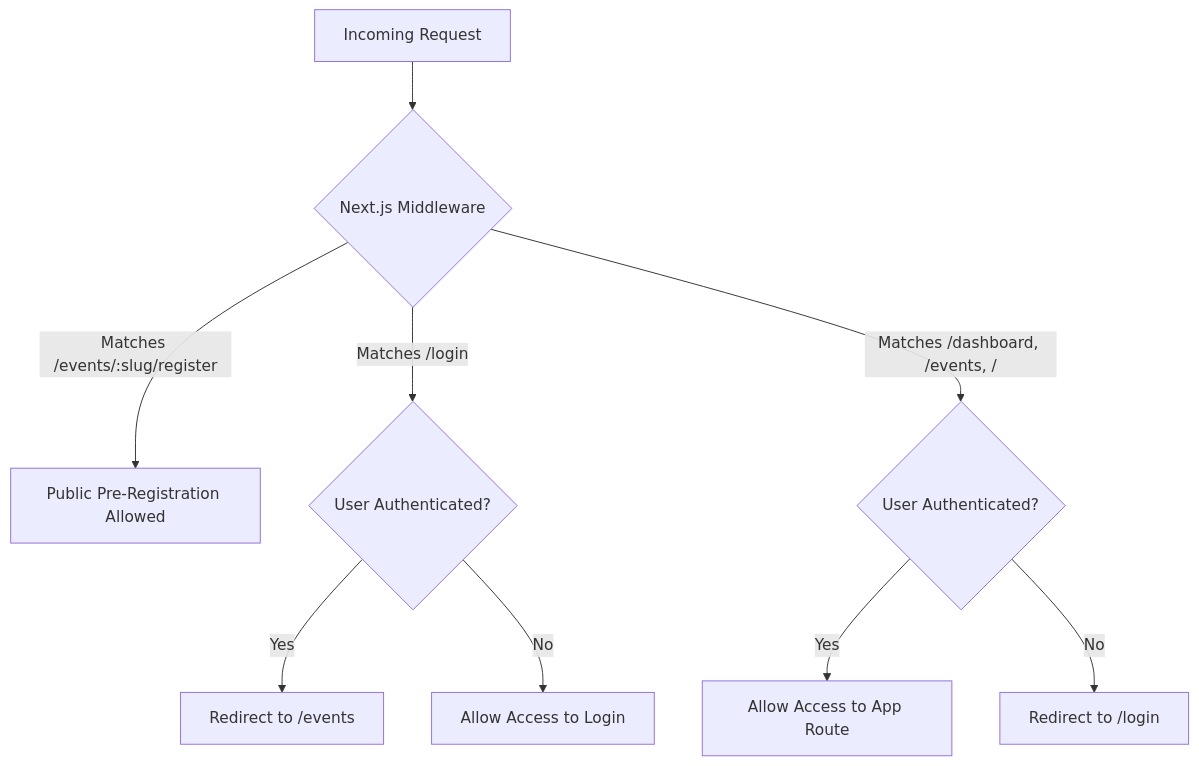
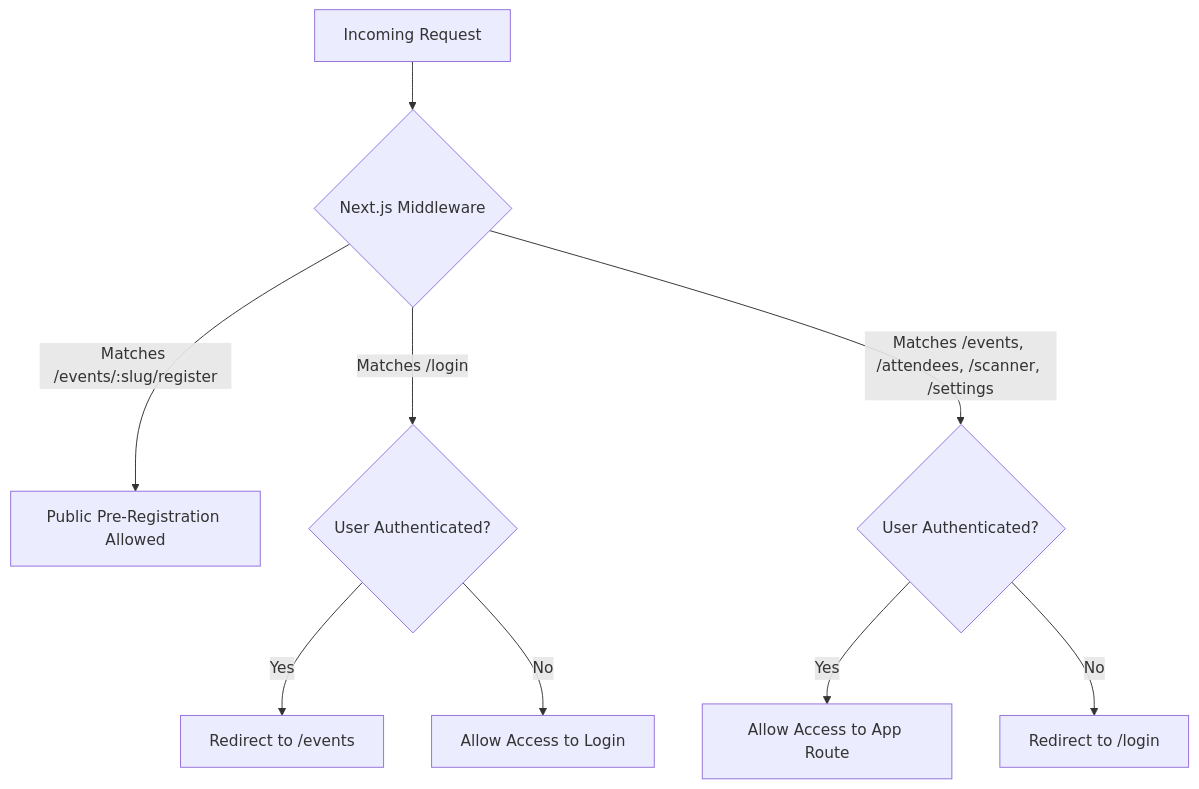
The diagram in docs/security.md (christian1202/FlowCheck), drawn with Mermaid before and after one commit. The commit also changed other lines of this file and 38 other files, not shown here.

````diff
--- a/docs/security.md
+++ b/docs/security.md
@@ -9,11 +9,11 @@
 ```mermaid
 graph TD
     Request[Incoming Request] --> MW{Next.js Middleware}
     MW -->|Matches /events/:slug/register| PublicRoute[Public Pre-Registration Allowed]
     MW -->|Matches /login| LoginCheck{User Authenticated?}
     LoginCheck -->|Yes| RedirectEvents[Redirect to /events]
     LoginCheck -->|No| AllowLogin[Allow Access to Login]
-    MW -->|Matches /dashboard, /events, /| AuthCheck{User Authenticated?}
+    MW -->|Matches /events, /attendees, /scanner, /settings| AuthCheck{User Authenticated?}
     AuthCheck -->|Yes| AllowApp[Allow Access to App Route]
     AuthCheck -->|No| RedirectLogin[Redirect to /login]
 ```
````
